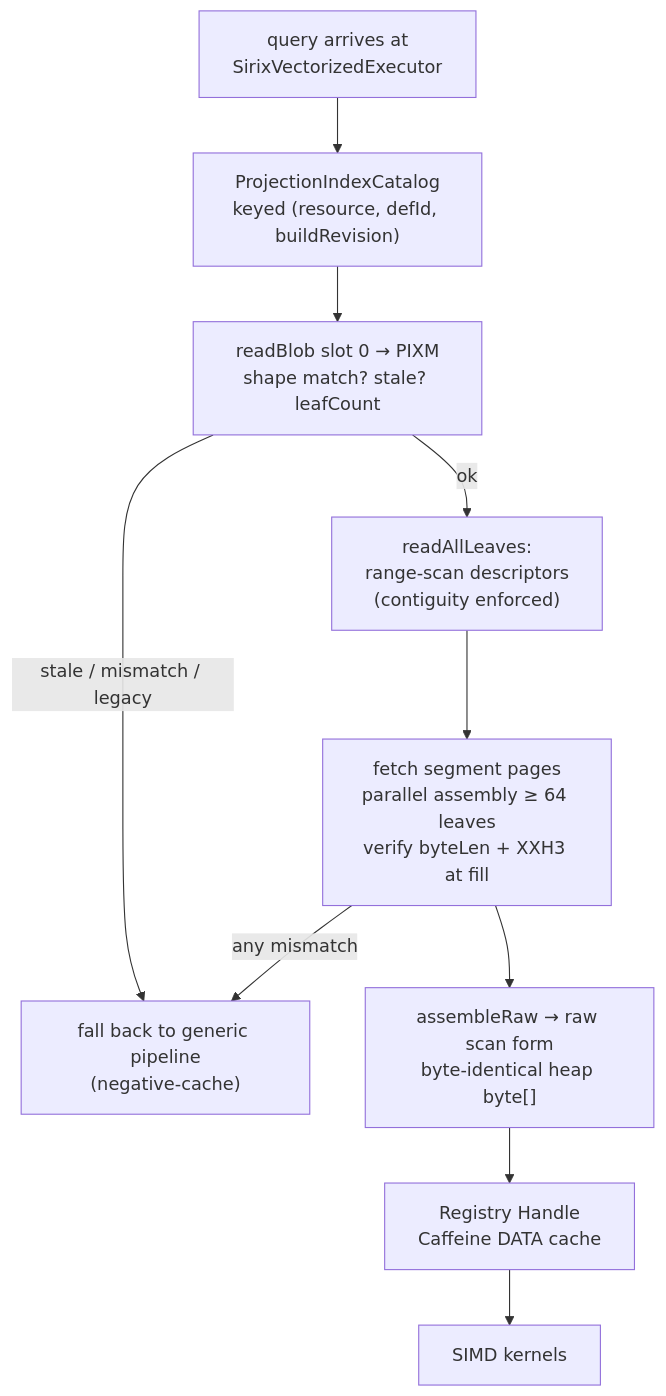
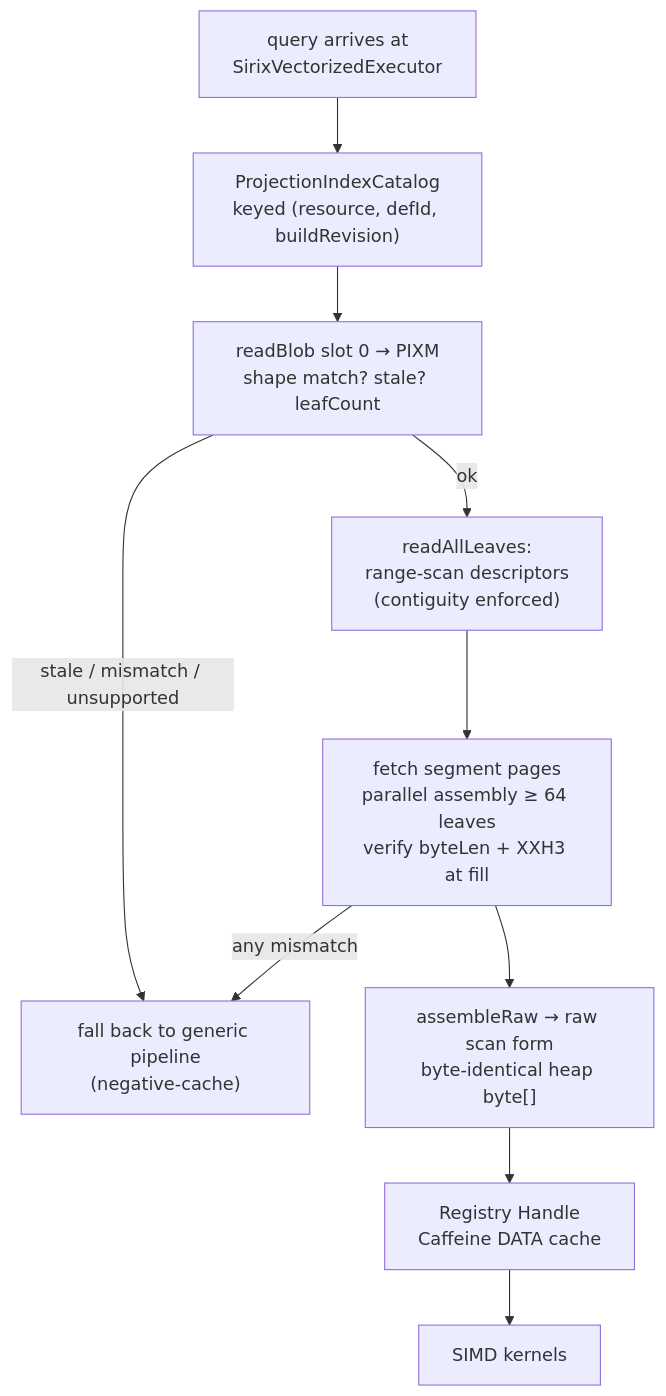
One commit to sirixdb/sirix changed the eighth of 15 diagrams in docs/PROJECTION_INDEX_DEEP_DIVE.md. Above: the diagram before and after it, drawn with Mermaid. The commit also changed other lines of this file and 516 other files, not shown here.

````diff
--- a/docs/PROJECTION_INDEX_DEEP_DIVE.md
+++ b/docs/PROJECTION_INDEX_DEEP_DIVE.md
@@ -738,12 +738,12 @@
 ```mermaid
 flowchart TD
     Q["query arrives at<br/>SirixVectorizedExecutor"] --> CAT["ProjectionIndexCatalog<br/>keyed (resource, defId, buildRevision)"]
     CAT --> META["readBlob slot 0 → PIXM<br/>shape match? stale? leafCount"]
-    META -- "stale / mismatch / legacy" --> FB["fall back to generic pipeline<br/>(negative-cache)"]
+    META -- "stale / mismatch / unsupported" --> FB["fall back to generic pipeline<br/>(negative-cache)"]
     META -- ok --> RAL["readAllLeaves:<br/>range-scan descriptors<br/>(contiguity enforced)"]
     RAL --> SEG["fetch segment pages<br/>parallel assembly ≥ 64 leaves<br/>verify byteLen + XXH3 at fill"]
     SEG -- "any mismatch" --> FB
     SEG --> ASM["assembleRaw → raw scan form<br/>byte-identical heap byte[]"]
     ASM --> H["Registry Handle<br/>Caffeine DATA cache"]
     H --> K["SIMD kernels"]
 ```
````
